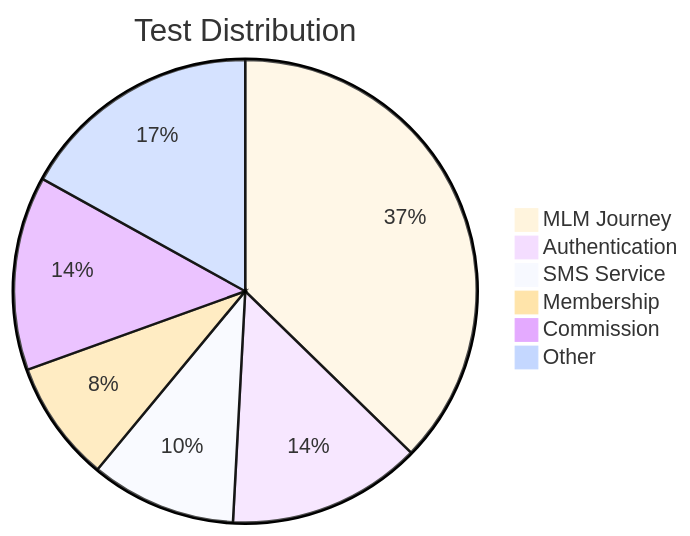
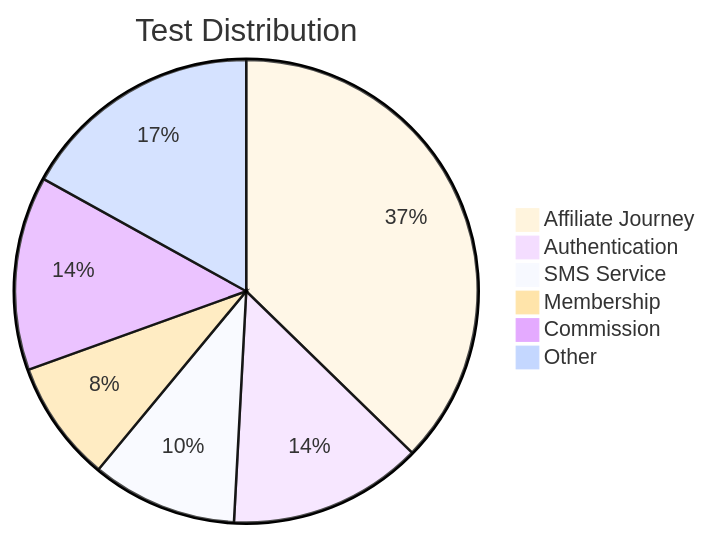
Before and after one commit to mintreu/commerinity: the first of 2 diagrams in docs/flowcharts/PROGRESS.md, drawn with Mermaid. The commit also changed other lines of this file and 309 other files, not shown here.

````diff
--- a/docs/flowcharts/PROGRESS.md
+++ b/docs/flowcharts/PROGRESS.md
@@ -86,11 +86,11 @@
 ```mermaid
 %%{init: {'theme': 'base'}}%%
 
 pie title Test Distribution
-    "MLM Journey" : 22
+    "Affiliate Journey" : 22
     "Authentication" : 8
     "SMS Service" : 6
     "Membership" : 5
     "Commission" : 8
     "Other" : 10
 ```
````
